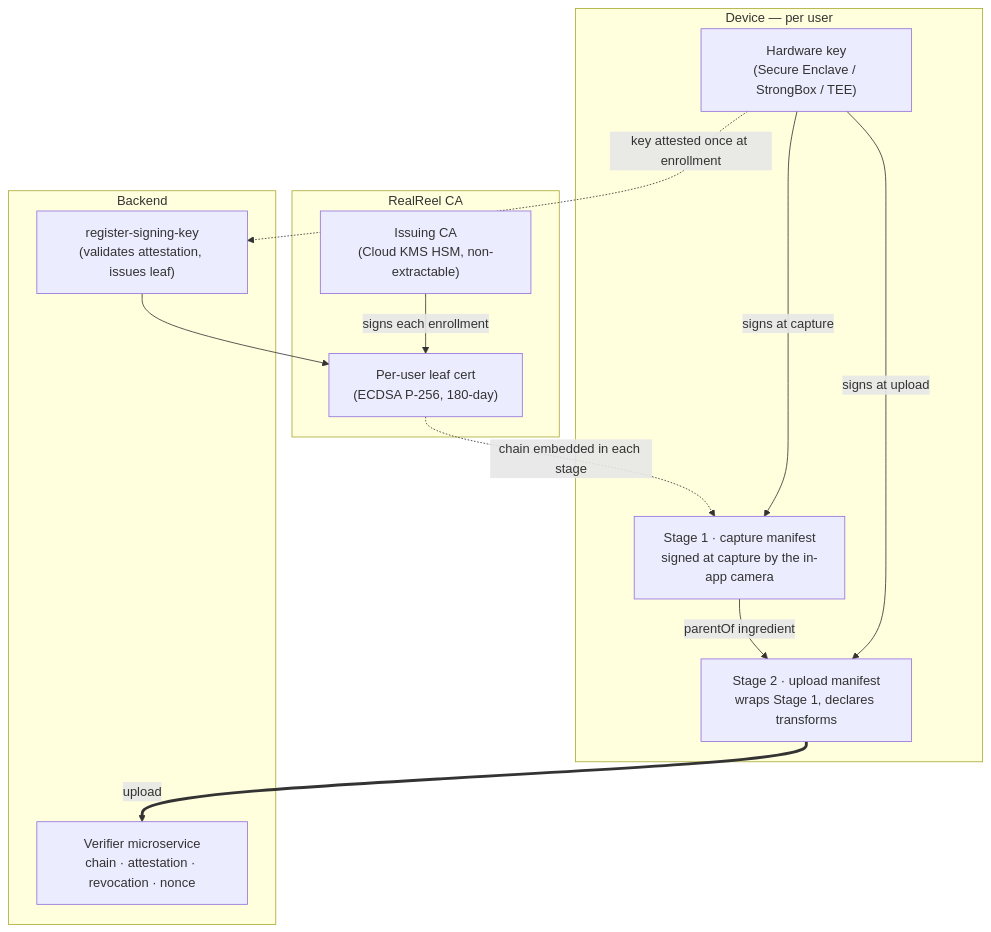
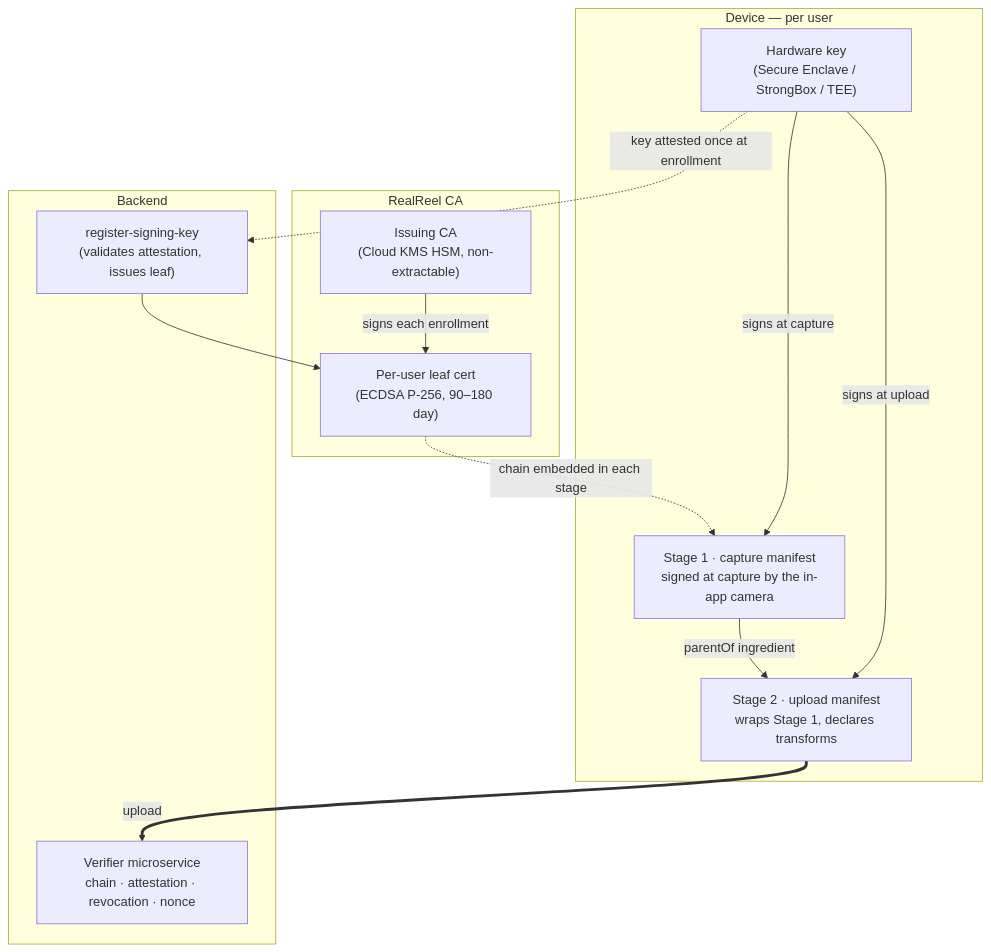
The diagram in TRUST_ARCHITECTURE.md (wholeearthlabs/realreel-c2pa), drawn with Mermaid before and after one commit. The commit also changed other lines of this file and 1 other file, not shown here.

````diff
--- a/TRUST_ARCHITECTURE.md
+++ b/TRUST_ARCHITECTURE.md
@@ -35,26 +35,26 @@
 ```mermaid
 flowchart TB
   subgraph Device["Device — per user"]
     HK["Hardware key<br/>(Secure Enclave / StrongBox / TEE)"]
     S1["Stage 1 · capture manifest<br/>signed at capture by the in-app camera"]
     S2["Stage 2 · upload manifest<br/>wraps Stage 1, declares transforms"]
   end
   subgraph CA["RealReel CA"]
     Issuing["Issuing CA<br/>(Cloud KMS HSM, non-extractable)"]
-    Leaf["Per-user leaf cert<br/>(ECDSA P-256, 180-day)"]
+    Leaf["Per-user leaf cert<br/>(ECDSA P-256, 90–180 day)"]
   end
   subgraph Backend["Backend"]
     Enroll["register-signing-key<br/>(validates attestation, issues leaf)"]
     V["Verifier microservice<br/>chain · attestation · revocation · nonce"]
   end
 
   HK -.->|key attested once at enrollment| Enroll
   Issuing -->|signs each enrollment| Leaf
   Enroll --> Leaf
   Leaf -.->|chain embedded in each stage| S1
 
   HK -->|signs at capture| S1
   HK -->|signs at upload| S2
   S1 -->|parentOf ingredient| S2
   S2 ==>|upload| V
 ```
````
